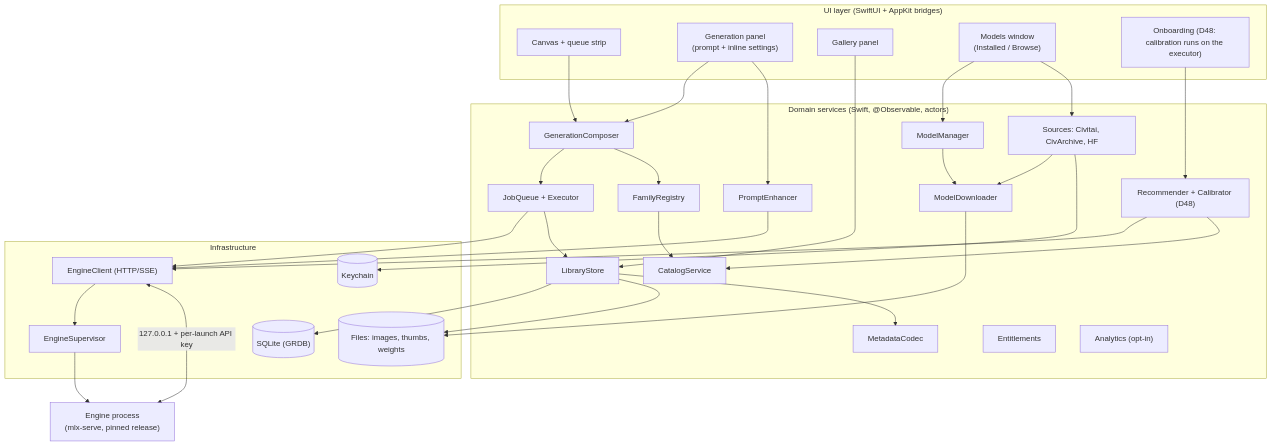
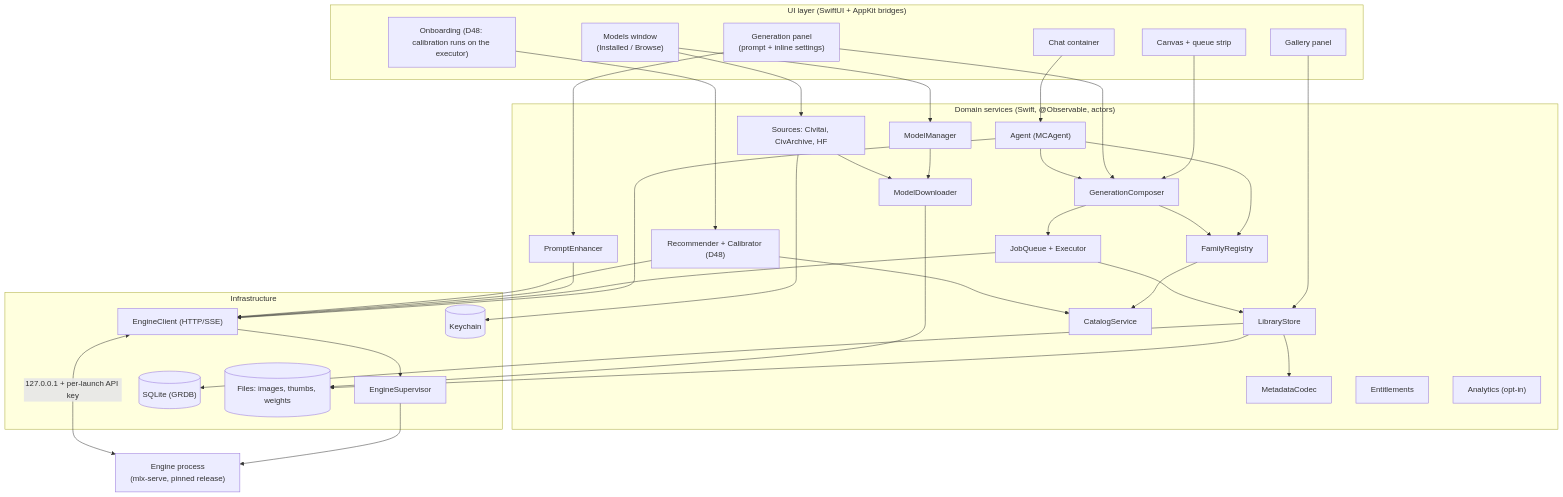
The second of 5 diagrams in docs/HLD.md (fearless-holdings/mlx-create), drawn with Mermaid before and after one commit. The commit also changed other lines of this file and 13 other files, not shown here.

First line of the commit message:
docs(agent): Chat mode decisions, plan, LLD and the provisional model check (D54-D61)

````diff
--- a/docs/HLD.md
+++ b/docs/HLD.md
@@ -149,55 +157,61 @@
 ```mermaid
 flowchart TB
   subgraph UI["UI layer (SwiftUI + AppKit bridges)"]
     canvas["Canvas + queue strip"]
     prompt["Generation panel<br/>(prompt + inline settings)"]
     gallery["Gallery panel"]
     models["Models window<br/>(Installed / Browse)"]
     onboarding["Onboarding (D48: calibration runs on the executor)"]
+    chat["Chat container"]
   end
 
   subgraph Domain["Domain services (Swift, @Observable, actors)"]
     composer["GenerationComposer"]
     queue["JobQueue + Executor"]
     enhancer["PromptEnhancer"]
     library["LibraryStore"]
     meta["MetadataCodec"]
     families["FamilyRegistry"]
     catalog["CatalogService"]
     recommender["Recommender + Calibrator (D48)"]
     modelmgr["ModelManager"]
     sources["Sources: Civitai, CivArchive, HF"]
     downloads["ModelDownloader"]
     ent["Entitlements"]
     telemetry["Analytics (opt-in)"]
+    agent["Agent (MCAgent)"]
   end
 
   subgraph Infra["Infrastructure"]
     supervisor["EngineSupervisor"]
     client["EngineClient (HTTP/SSE)"]
     db[("SQLite (GRDB)")]
     files[("Files: images, thumbs, weights")]
     keychain[("Keychain")]
   end
 
   engine["Engine process<br/>(mlx-serve, pinned release)"]
 
   canvas & prompt --> composer --> queue
   prompt --> enhancer
+  chat --> agent
+  agent --> composer
+  agent --> client
+  agent --> families
   gallery --> library
   models --> modelmgr & sources
   onboarding --> recommender
   queue --> client
   enhancer --> client
   recommender --> client
   queue --> library --> db & files
   library --> meta
   composer --> families
   families --> catalog
   recommender --> catalog
   modelmgr --> downloads --> files
   sources --> downloads
   sources --> keychain
   client --> supervisor --> engine
   client <-->|"127.0.0.1 + per-launch API key"| engine
 ```
````
